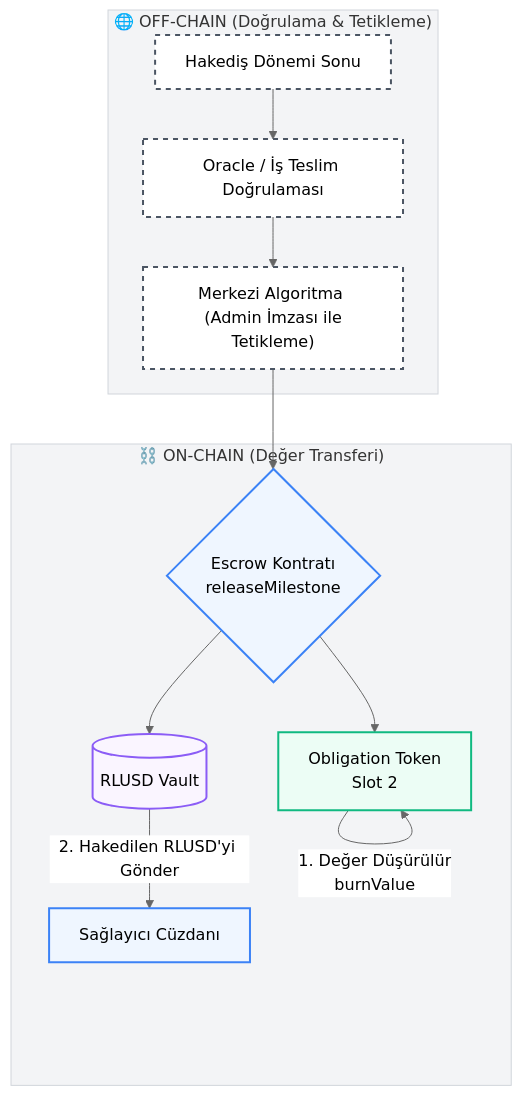
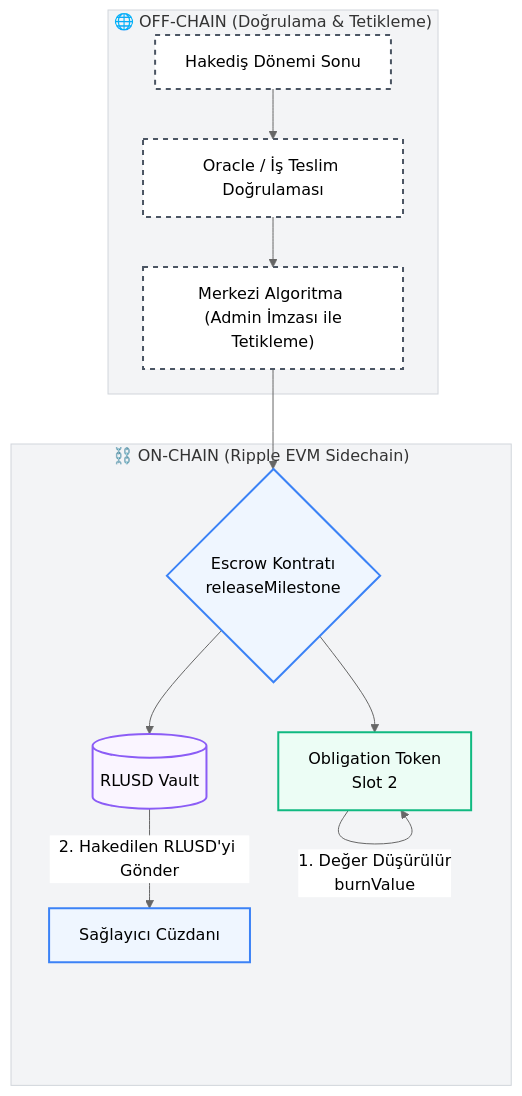
Before and after one commit to emirrmk/escrow-flow-diagrams: the second of 4 diagrams in README.md, drawn with Mermaid. The commit also changed other lines of this file, not shown here.

Commit message:
Add ERC-3525 and Ripple EVM Sidechain details to README

````diff
--- a/README.md
+++ b/README.md
@@ -51,23 +54,23 @@
 ```mermaid
 %%{init: {'theme': 'neutral', 'themeVariables': { 'primaryColor': '#f9fafb', 'edgeLabelBackground':'#ffffff', 'clusterBkg':'#f3f4f6', 'clusterBorder':'#d1d5db'}}}%%
 graph TD
     classDef offChainNode fill:#ffffff,stroke:#4b5563,stroke-width:2px,stroke-dasharray: 5 5;
     classDef onChainNode fill:#eff6ff,stroke:#3b82f6,stroke-width:2px;
     classDef tokenNode fill:#ecfdf5,stroke:#10b981,stroke-width:2px;
     classDef databaseNode fill:#faf5ff,stroke:#8b5cf6,stroke-width:2px;
 
     subgraph OffChain ["🌐 OFF-CHAIN (Doğrulama & Tetikleme)"]
         A["Hakediş Dönemi Sonu"]:::offChainNode --> B["Oracle / İş Teslim Doğrulaması"]:::offChainNode
         B --> C["Merkezi Algoritma <br> (Admin İmzası ile Tetikleme)"]:::offChainNode
     end
 
-    subgraph OnChain ["⛓️ ON-CHAIN (Değer Transferi)"]
+    subgraph OnChain ["⛓️ ON-CHAIN (Ripple EVM Sidechain)"]
         C --> D{"Escrow Kontratı <br> releaseMilestone"}:::onChainNode
         
         D --> OT["Obligation Token <br> Slot 2"]:::tokenNode
         OT -- "1. Değer Düşürülür <br> burnValue" --> OT
         
         D --> Pool[("RLUSD Vault")]:::databaseNode
         Pool -- "2. Hakedilen RLUSD'yi Gönder" --> Prov["Sağlayıcı Cüzdanı"]:::onChainNode
     end
 ```
````
